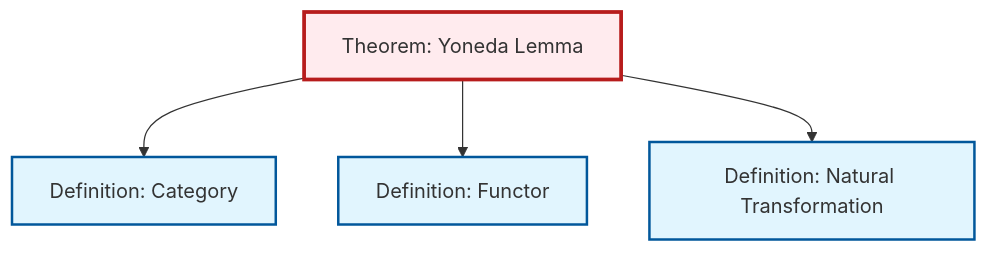
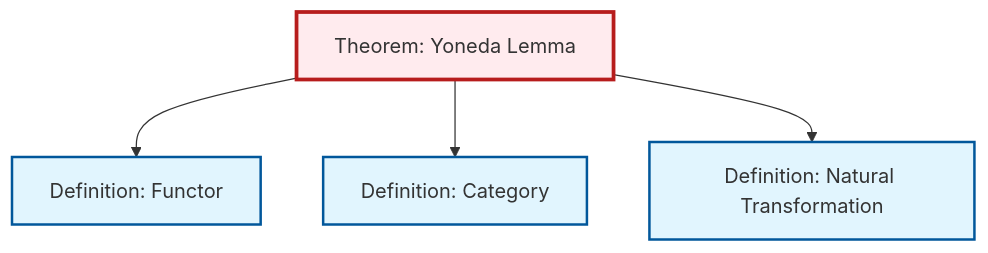
Before and after one commit to RK0429/ModernMath: the diagram in content/en/category-theory/thm-yoneda.qmd, drawn with Mermaid. The commit also changed other lines of this file and 615 other files, not shown here.

````diff
--- a/content/en/category-theory/thm-yoneda.qmd
+++ b/content/en/category-theory/thm-yoneda.qmd
@@ -88,20 +88,20 @@
 ```{mermaid}
 %%| fig-cap: "Local dependency graph"
 graph TD
     classDef definition fill:#e1f5fe,stroke:#01579b,stroke-width:2px
     classDef theorem fill:#f3e5f5,stroke:#4a148c,stroke-width:2px
     classDef axiom fill:#fff3e0,stroke:#e65100,stroke-width:2px
     classDef example fill:#e8f5e9,stroke:#1b5e20,stroke-width:2px
     classDef current fill:#ffebee,stroke:#b71c1c,stroke-width:3px
+    def-natural-transformation["Definition: Natural Transformation"]:::definition
+    thm-yoneda["Theorem: Yoneda Lemma"]:::theorem
     def-functor["Definition: Functor"]:::definition
-    thm-yoneda["Theorem: Yoneda Lemma"]:::theorem
     def-category["Definition: Category"]:::definition
-    def-natural-transformation["Definition: Natural Transformation"]:::definition
+    thm-yoneda --> def-functor
     thm-yoneda --> def-category
-    thm-yoneda --> def-functor
     thm-yoneda --> def-natural-transformation
     class thm-yoneda current
+    click def-natural-transformation "def-natural-transformation.html" "Go to Natural Transformation definition"
     click def-functor "def-functor.html" "Go to Functor definition"
     click def-category "def-category.html" "Go to Category definition"
-    click def-natural-transformation "def-natural-transformation.html" "Go to Natural Transformation definition"
 ```
````
